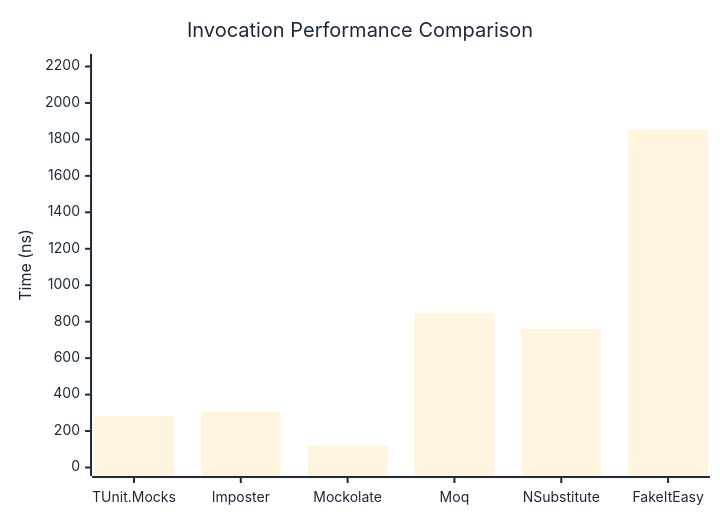
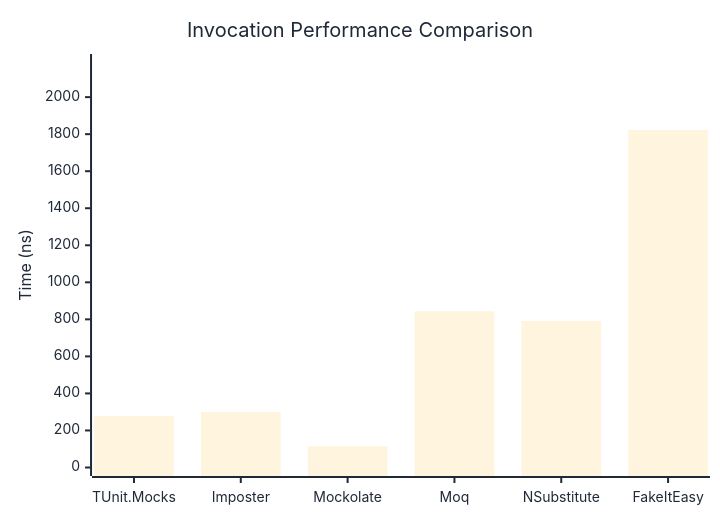
One commit to thomhurst/TUnit changed the first of 3 diagrams in docs/docs/benchmarks/mocks/Invocation.md. Above: the diagram before and after it, drawn with Mermaid. The commit also changed other lines of this file and 14 other files, not shown here.

````diff
--- a/docs/docs/benchmarks/mocks/Invocation.md
+++ b/docs/docs/benchmarks/mocks/Invocation.md
@@ -30,27 +30,27 @@
 ```mermaid
 %%{init: {
   'theme':'base',
   'themeVariables': {
     'primaryColor': '#2563eb',
     'primaryTextColor': '#1f2937',
     'primaryBorderColor': '#1e40af',
     'lineColor': '#6b7280',
     'secondaryColor': '#7c3aed',
     'tertiaryColor': '#dc2626',
     'background': '#ffffff',
     'pie1': '#2563eb',
     'pie2': '#7c3aed',
     'pie3': '#dc2626',
     'pie4': '#f59e0b',
     'pie5': '#10b981',
     'pie6': '#06b6d4',
     'pie7': '#ec4899',
     'pie8': '#6366f1'
   }
 }}%%
 xychart-beta
   title "Invocation Performance Comparison"
   x-axis ["TUnit.Mocks", "Imposter", "Mockolate", "Moq", "NSubstitute", "FakeItEasy"]
-  y-axis "Time (ns)" 0 --> 2222
-  bar [281.2, 305.8, 119.2, 847, 759.6, 1850.9]
+  y-axis "Time (ns)" 0 --> 2187
+  bar [277.5, 299.3, 115.1, 843.5, 790.7, 1822.5]
 ```
````
